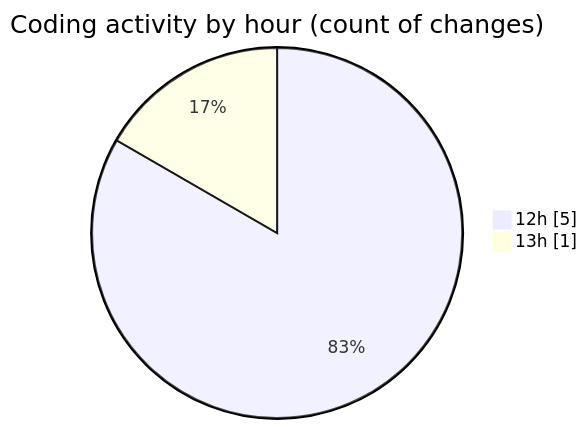
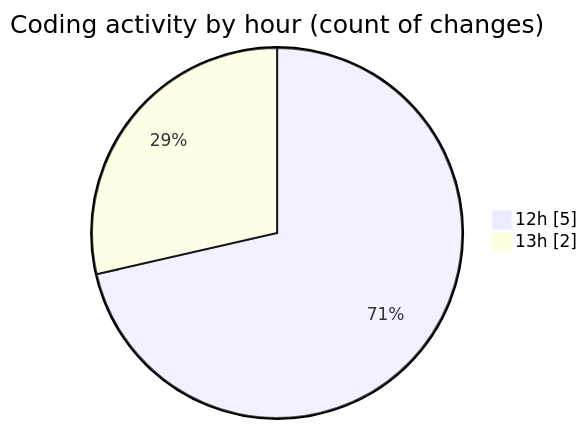
One commit to MatusMokan/code-tracking changed the second of 2 diagrams in 2025-04-19/myws__workspace_/README.md. Above: the diagram before and after it, drawn with Mermaid. The commit also changed other lines of this file and 1 other file, not shown here.

````diff
--- a/2025-04-19/myws__workspace_/README.md
+++ b/2025-04-19/myws__workspace_/README.md
@@ -30,6 +30,6 @@
 ```mermaid
 pie showData
 title Coding activity by hour (count of changes)
 "12h" : 5
-"13h" : 1
+"13h" : 2
 ```
````
